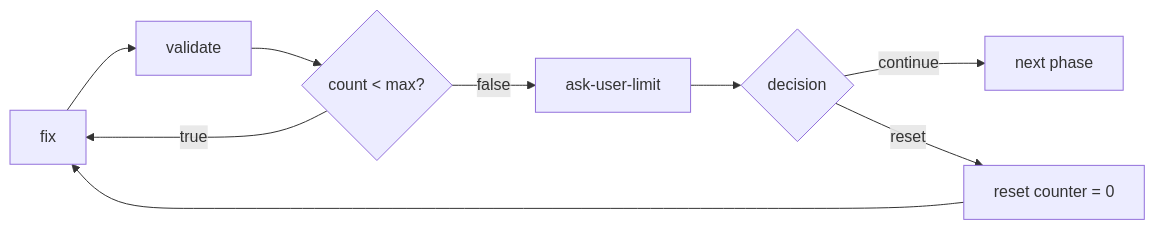
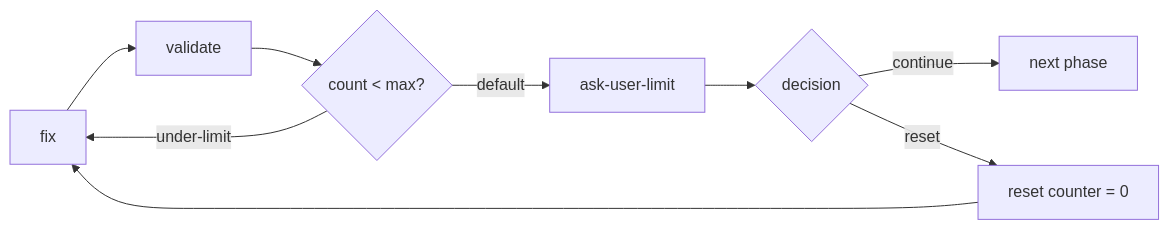
Before and after one commit to moira-mcp/moira: the diagram in packages/mcp-server/src/help/content/patterns/escalation.md, drawn with Mermaid. The commit also changed other lines of this file and 338 other files, not shown here.

First line of the commit message:
feat(workflow): add N-output routing and unified diagrams (#236)

````diff
--- a/packages/mcp-server/src/help/content/patterns/escalation.md
+++ b/packages/mcp-server/src/help/content/patterns/escalation.md
@@ -19,11 +19,11 @@
 ```mermaid
 flowchart LR
     F[fix] --> V[validate]
     V --> C{count < max?}
-    C -->|true| F
-    C -->|false| A[ask-user-limit]
+    C -->|under-limit| F
+    C -->|default| A[ask-user-limit]
     A --> D{decision}
     D -->|continue| N[next phase]
     D -->|reset| R[reset counter = 0]
     R --> F
 ```
````
